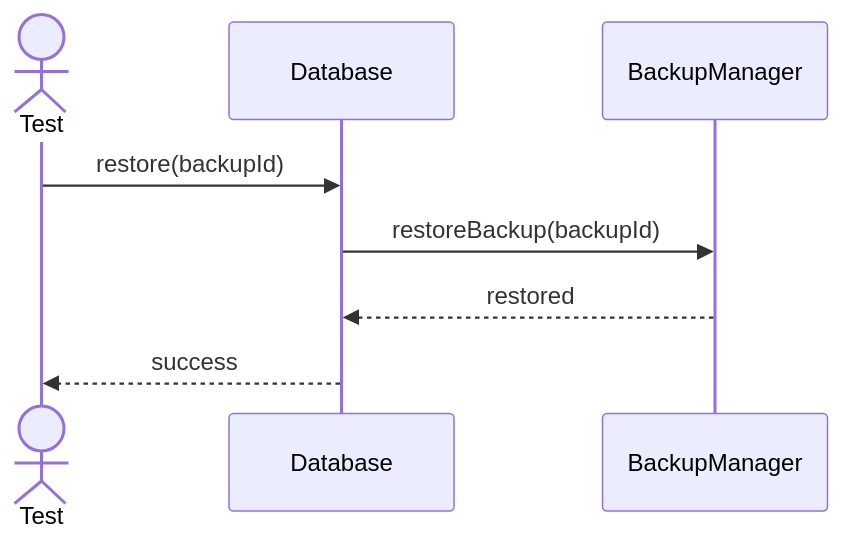
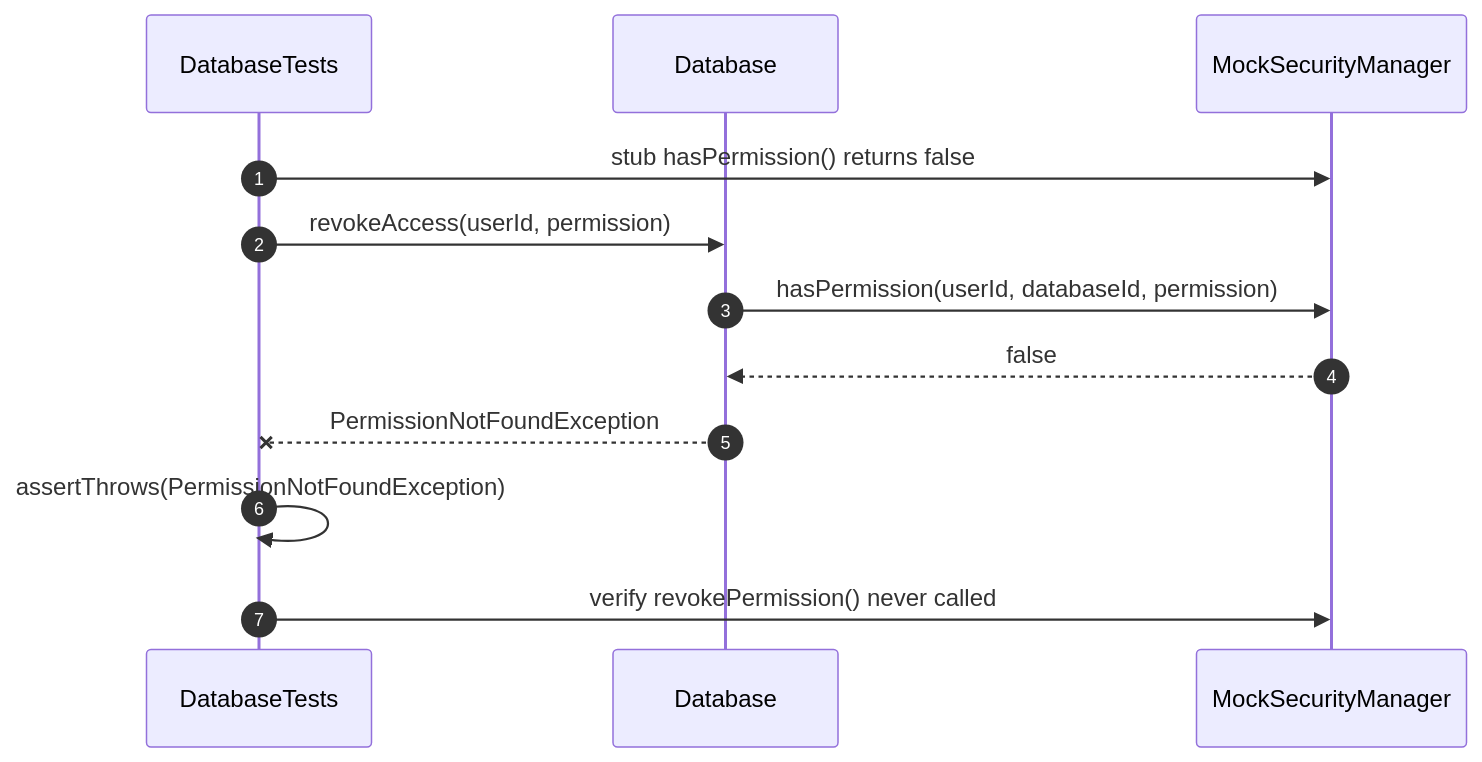
Diagram 15 of 25 in src/tests/unit/database/sequences/database-testing.se.md (FhuAnn/-bbv-AN-s-DBMS), drawn with Mermaid before and after one commit. The commit also changed other lines of this file and 28 other files, not shown here.

Commit message:
edit db sequence, dbtest

````diff
--- a/src/tests/unit/database/sequences/database-testing.se.md
+++ b/src/tests/unit/database/sequences/database-testing.se.md
@@ -235,11 +362,19 @@
 ```mermaid
 sequenceDiagram
-actor Test
-participant Database
-participant BackupManager
+    autonumber
 
-Test->>Database: restore(backupId)
-Database->>BackupManager: restoreBackup(backupId)
-BackupManager-->>Database: restored
-Database-->>Test: success
+    participant Test as DatabaseTests
+    participant Database
+    participant Security as MockSecurityManager
+
+    Test->>Security: stub hasPermission() returns false
+    Test->>Database: revokeAccess(userId, permission)
+
+    Database->>Security: hasPermission(userId, databaseId, permission)
+    Security-->>Database: false
+
+    Database--xTest: PermissionNotFoundException
+
+    Test->>Test: assertThrows(PermissionNotFoundException)
+    Test->>Security: verify revokePermission() never called
 ```
````
